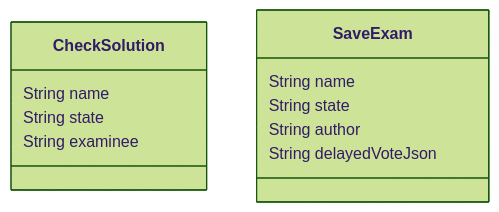
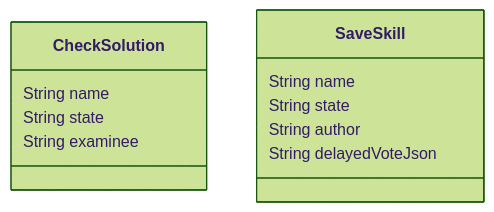
The fifth of 6 diagrams in README.md (Provve/back), drawn with Mermaid (forest theme) before and after one commit. The commit also changed other lines of this file and 4 other files, not shown here.

````diff
--- a/README.md
+++ b/README.md
@@ -189,15 +190,15 @@
 ```mermaid
 classDiagram
     class CheckSolution {
         String name
         String state
         String examinee
     }
 
-    class SaveExam {
+    class SaveSkill {
         String name
         String state
         String author
         String delayedVoteJson
     }
 ```
````
